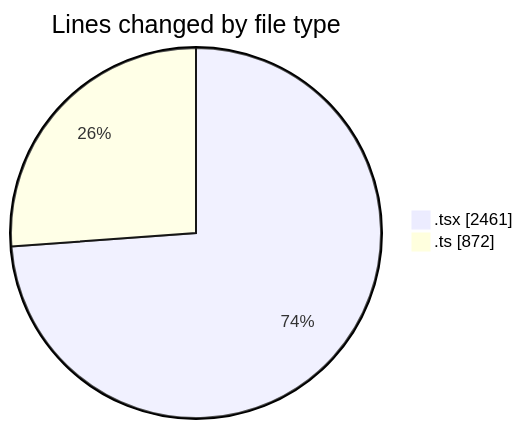
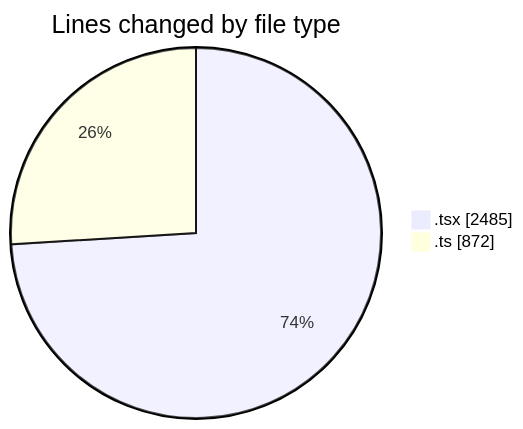
One commit to nxtqubesakshisongat/code-tracking changed the first of 2 diagrams in 2026-02-19/nxtqube_webapp/README.md. Above: the diagram before and after it, drawn with Mermaid. The commit also changed other lines of this file and 1 other file, not shown here.

````diff
--- a/2026-02-19/nxtqube_webapp/README.md
+++ b/2026-02-19/nxtqube_webapp/README.md
@@ -26,6 +26,6 @@
 ```mermaid
 pie showData
 title Lines changed by file type
-".tsx" : 2461
+".tsx" : 2485
 ".ts" : 872
 ```
````
